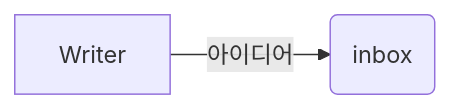
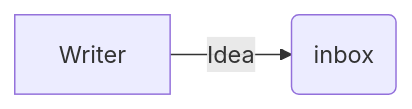
The first of 4 diagrams in i18n/en/docusaurus-plugin-content-blog/2023-04-19/blog-posting-pipeline.md (songkg7/songkg7.github.io), drawn with Mermaid before and after one commit. The commit also changed other lines of this file and 4 other files, not shown here.

````diff
--- a/i18n/en/docusaurus-plugin-content-blog/2023-04-19/blog-posting-pipeline.md
+++ b/i18n/en/docusaurus-plugin-content-blog/2023-04-19/blog-posting-pipeline.md
@@ -29,4 +29,4 @@
 ```mermaid
 flowchart LR
-    Writer -- 아이디어 --> inbox(inbox)
+    Writer -- Idea --> inbox(inbox)
 ```
````
